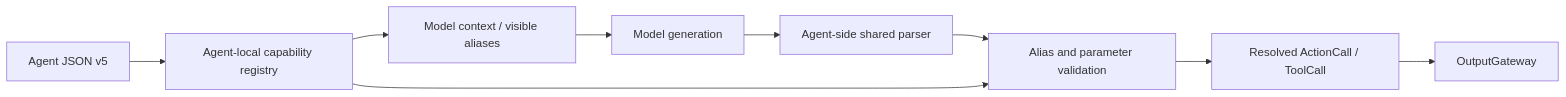
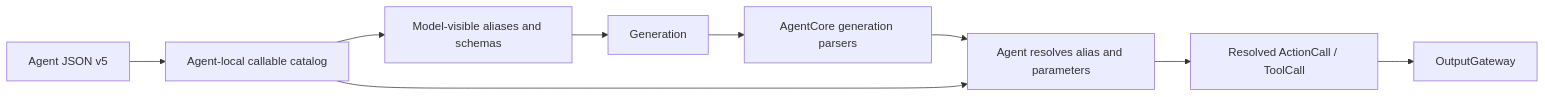
Before and after one commit to devilyouwei/MobileHarness: the fifth of 12 diagrams in MobileHarness/README.md, drawn with Mermaid. The commit also changed other lines of this file, not shown here.

Commit message:
docs: refocus MobileHarness architecture guide

````diff
--- a/MobileHarness/README.md
+++ b/MobileHarness/README.md
@@ -385,11 +306,11 @@
 ```mermaid
 flowchart LR
-    JSON[Agent JSON v5] --> Registry[Agent-local capability registry]
-    Registry --> Context[Model context / visible aliases]
-    Context --> Model[Model generation]
-    Model --> Parse[Agent-side shared parser]
-    Parse --> Resolve[Alias and parameter validation]
-    Registry --> Resolve
+    JSON[Agent JSON v5] --> Catalog[Agent-local callable catalog]
+    Catalog --> Prompt[Model-visible aliases and schemas]
+    Prompt --> Model[Generation]
+    Model --> Parser[AgentCore generation parsers]
+    Parser --> Resolve[Agent resolves alias and parameters]
+    Catalog --> Resolve
     Resolve --> Calls[Resolved ActionCall / ToolCall]
     Calls --> Gateway[OutputGateway]
 ```
````
